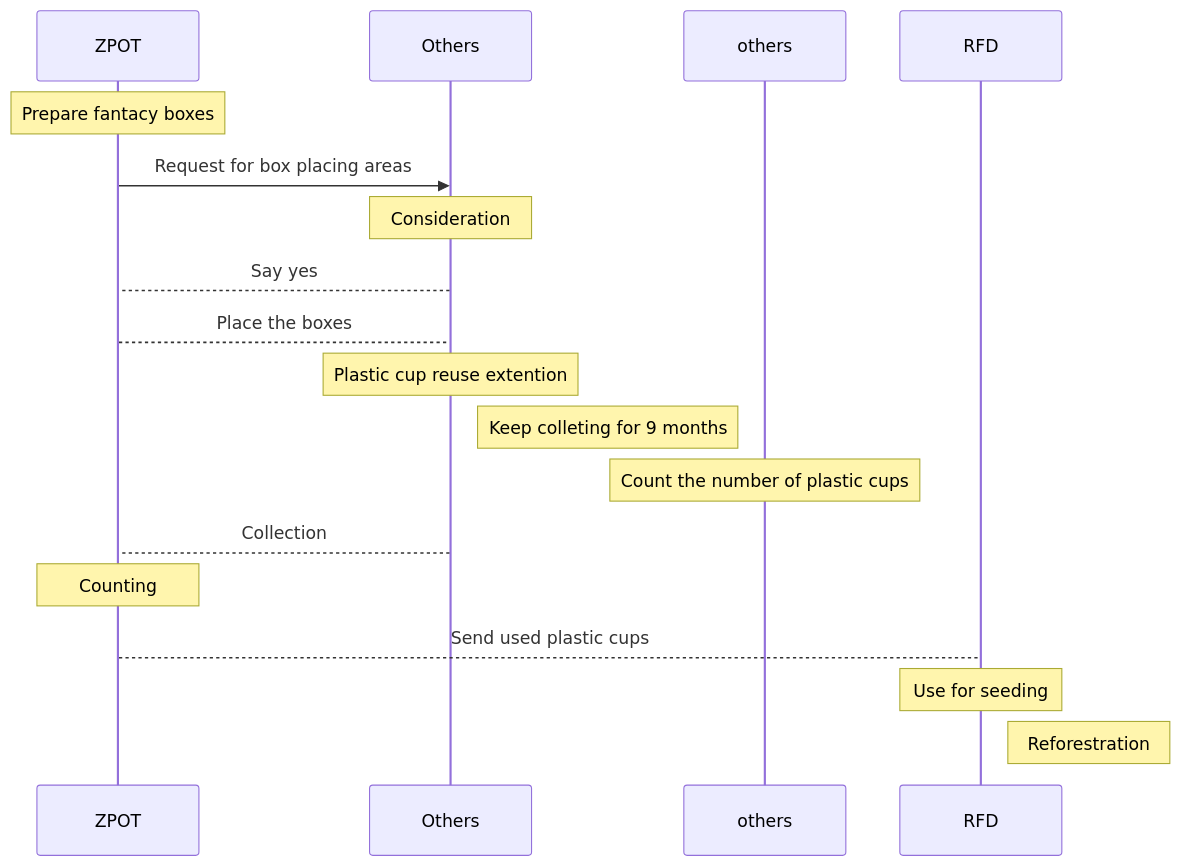
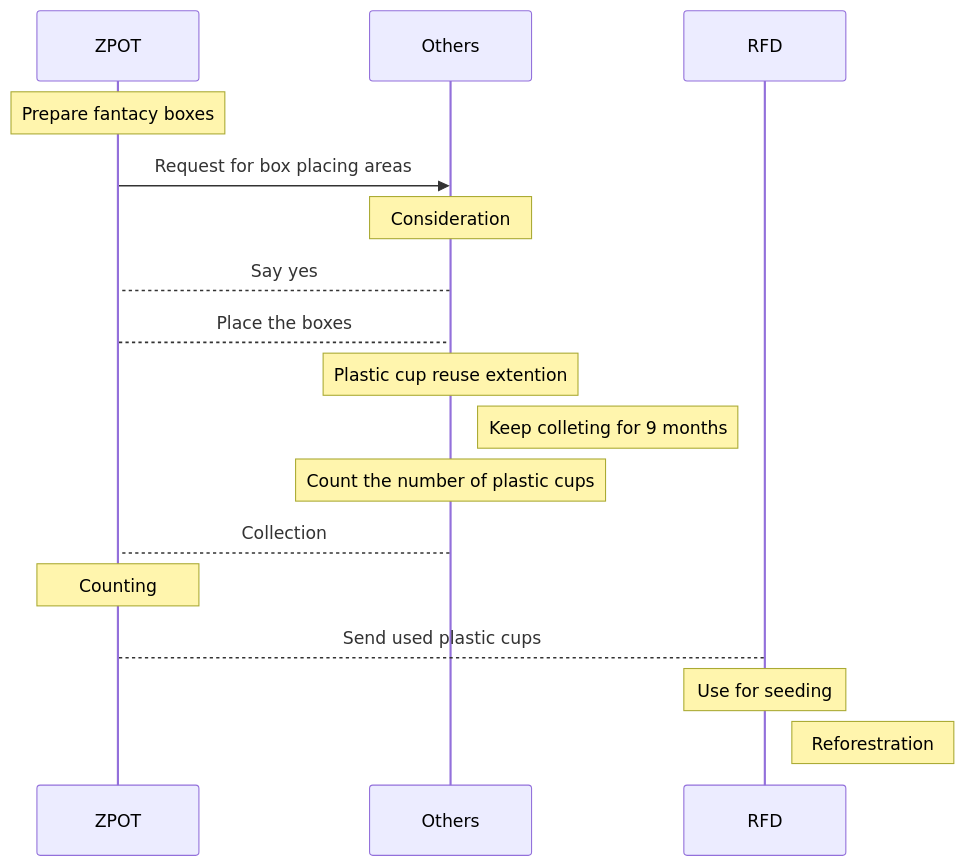
The first of 2 diagrams in README.md (Kietpawpan/carbon), drawn with Mermaid before and after one commit.

````diff
--- a/README.md
+++ b/README.md
@@ -9,16 +9,16 @@
 ```mermaid
 sequenceDiagram
     Note over ZPOT: Prepare fantacy boxes  
     ZPOT->>Others: Request for box placing areas
     Note over Others: Consideration
     Others-->ZPOT: Say yes
     ZPOT-->Others: Place the boxes
     Note over Others: Plastic cup reuse extention
     Note right of Others: Keep colleting for 9 months
-    Note over others: Count the number of plastic cups
+    Note over Others: Count the number of plastic cups
     Others-->ZPOT: Collection
     Note over ZPOT: Counting
     ZPOT-->RFD: Send used plastic cups
     Note over RFD: Use for seeding
     Note right of RFD: Reforestration
 ```
````
